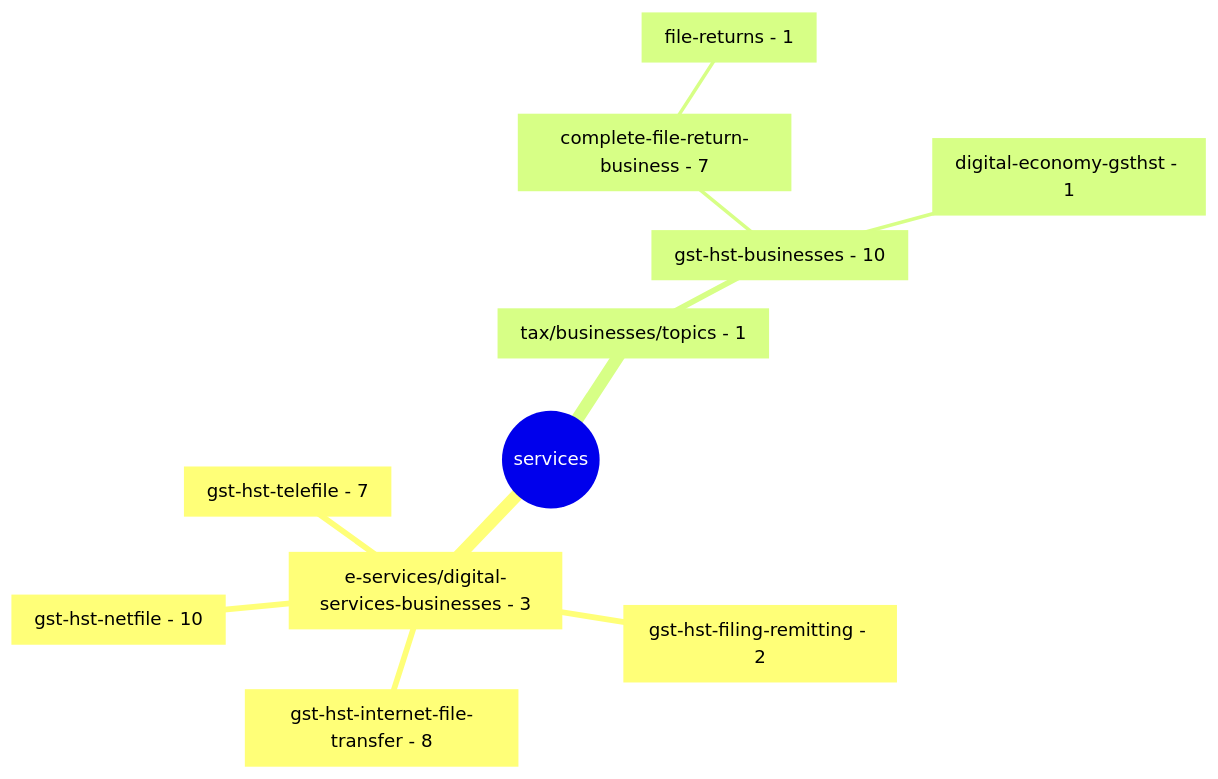
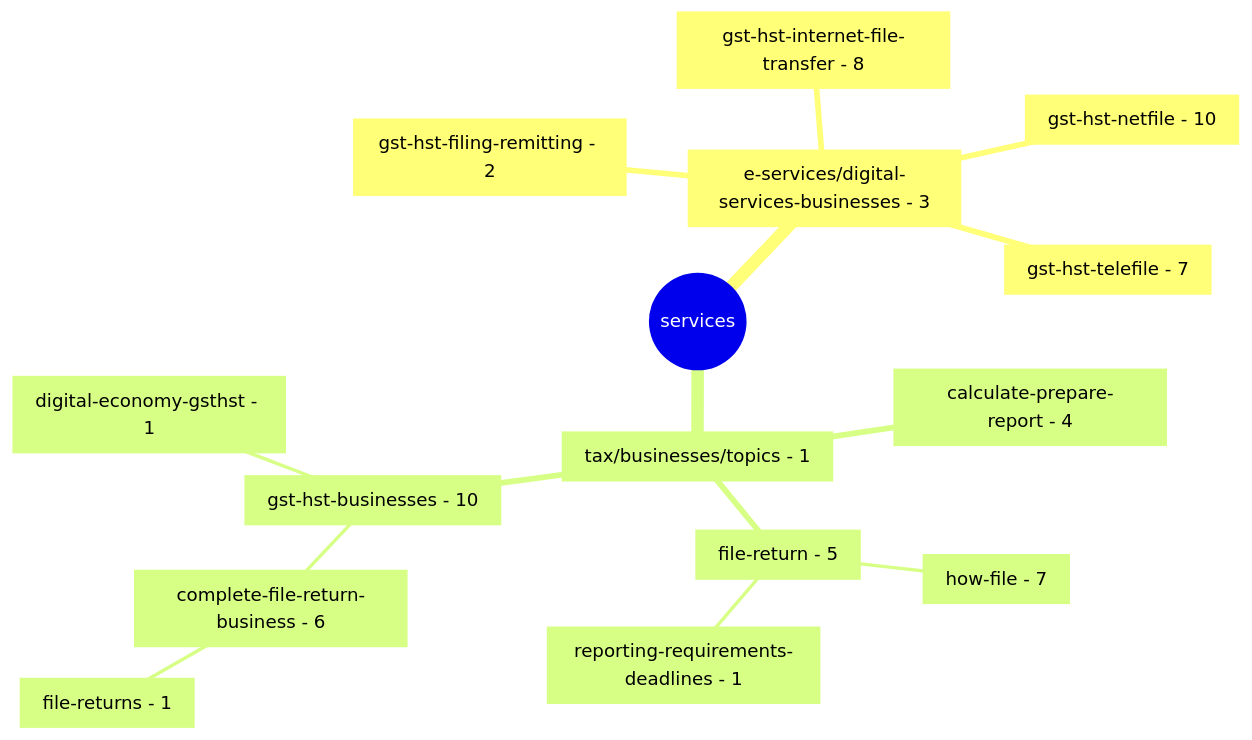
Before and after one commit to cra-proto/gst-hst-business: the second of 2 diagrams in README.md, drawn with Mermaid. The commit also changed other lines of this file, not shown here.

````diff
--- a/README.md
+++ b/README.md
@@ -164,14 +161,18 @@
 ```mermaid
 mindmap
   root((services))
     [e-services/digital-services-businesses - 3]
       [gst-hst-filing-remitting - 2]
       [gst-hst-internet-file-transfer - 8]
       [gst-hst-netfile - 10]
       [gst-hst-telefile - 7]
     [tax/businesses/topics - 1]
+      [calculate-prepare-report - 4]
+      [file-return - 5]
+        [how-file - 7]
+        [reporting-requirements-deadlines - 1]
       [gst-hst-businesses - 10]
-        [complete-file-return-business - 7]
+        [complete-file-return-business - 6]
           [file-returns - 1]
         [digital-economy-gsthst - 1]
 ```
````
